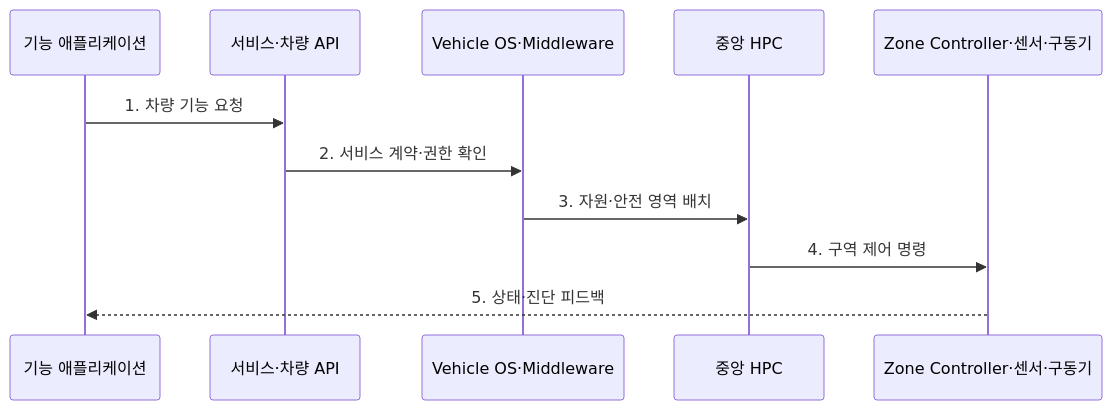
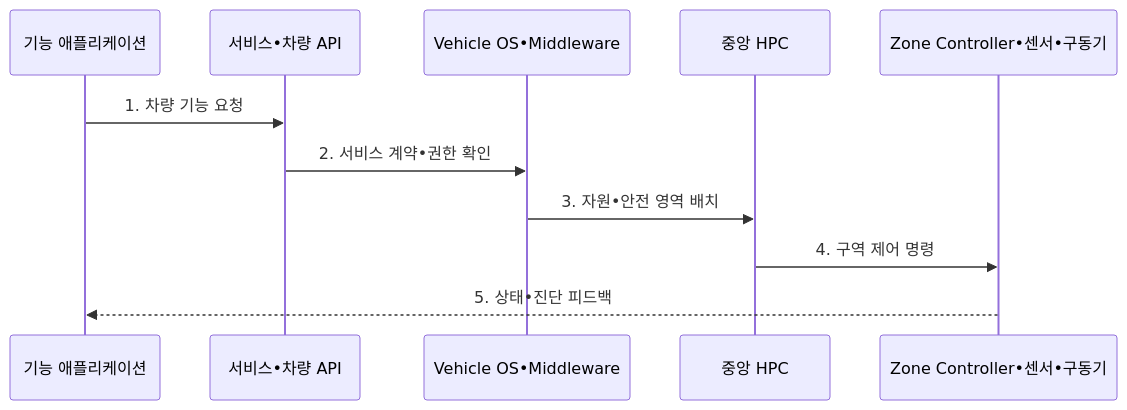
One commit to agnusdei1207/knowledge-base changed the second of 2 diagrams in src/content/docs/notes/08-latest-tech/204_software_defined_vehicle.md. Above: the diagram before and after it, drawn with Mermaid. The commit also changed other lines of this file and 953 other files, not shown here.

````diff
--- a/src/content/docs/notes/08-latest-tech/204_software_defined_vehicle.md
+++ b/src/content/docs/notes/08-latest-tech/204_software_defined_vehicle.md
@@ -103,13 +103,13 @@
 ```mermaid
 sequenceDiagram
   participant A as 기능 애플리케이션
-  participant P as 서비스·차량 API
-  participant O as Vehicle OS·Middleware
+  participant P as 서비스•차량 API
+  participant O as Vehicle OS•Middleware
   participant H as 중앙 HPC
-  participant Z as Zone Controller·센서·구동기
+  participant Z as Zone Controller•센서•구동기
   A->>P: 1. 차량 기능 요청
-  P->>O: 2. 서비스 계약·권한 확인
-  O->>H: 3. 자원·안전 영역 배치
+  P->>O: 2. 서비스 계약•권한 확인
+  O->>H: 3. 자원•안전 영역 배치
   H->>Z: 4. 구역 제어 명령
-  Z-->>A: 5. 상태·진단 피드백
+  Z-->>A: 5. 상태•진단 피드백
 ```
````
